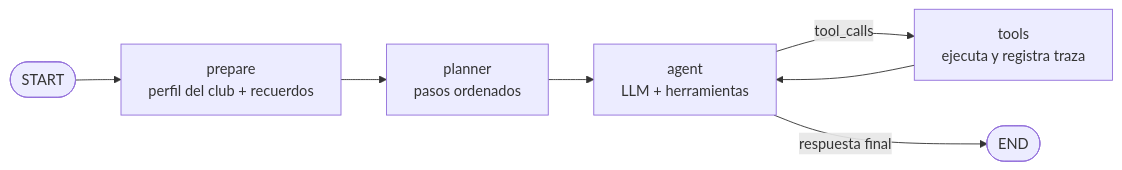
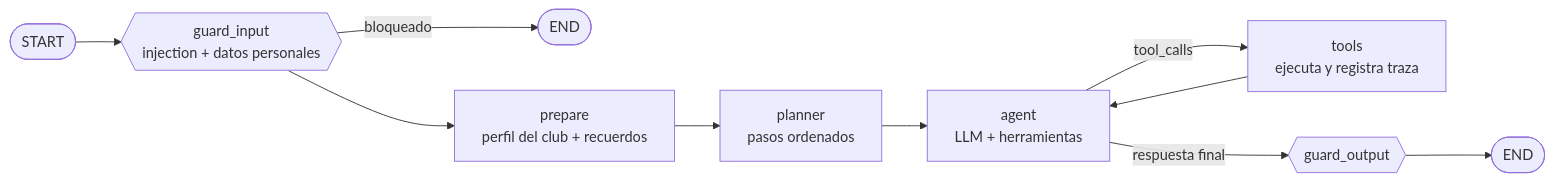
The second of 2 diagrams in docs/arquitectura.md (velizabetho/agente-rag-isy0101), drawn with Mermaid before and after one commit. The commit also changed other lines of this file and 1 other file, not shown here.

````diff
--- a/docs/arquitectura.md
+++ b/docs/arquitectura.md
@@ -62,9 +62,12 @@
 ```mermaid
 flowchart LR
-  S([START]) --> P[prepare<br/>perfil del club + recuerdos]
+  S([START]) --> GI{{guard_input<br/>injection + datos personales}}
+  GI -- bloqueado --> E1([END])
+  GI --> P[prepare<br/>perfil del club + recuerdos]
   P --> PL[planner<br/>pasos ordenados]
   PL --> A[agent<br/>LLM + herramientas]
   A -- tool_calls --> T[tools<br/>ejecuta y registra traza]
   T --> A
-  A -- respuesta final --> E([END])
+  A -- respuesta final --> GO{{guard_output}}
+  GO --> E([END])
 ```
````
